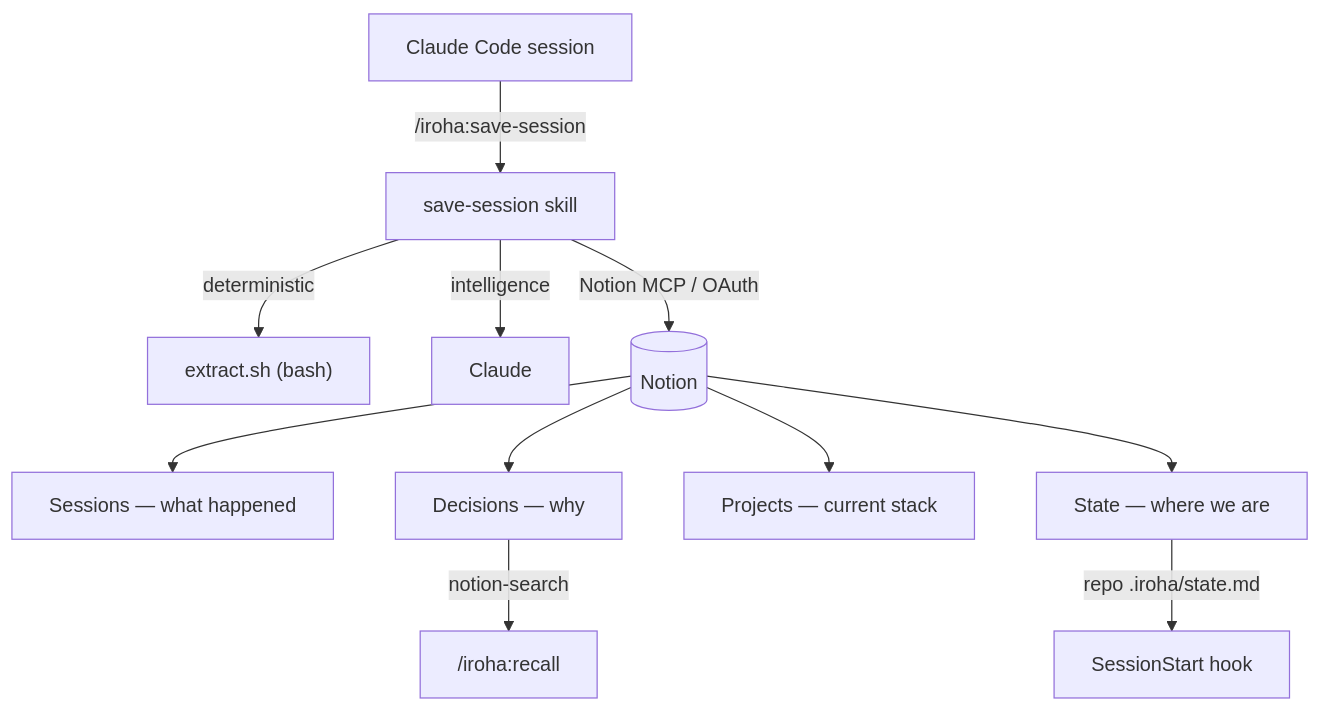
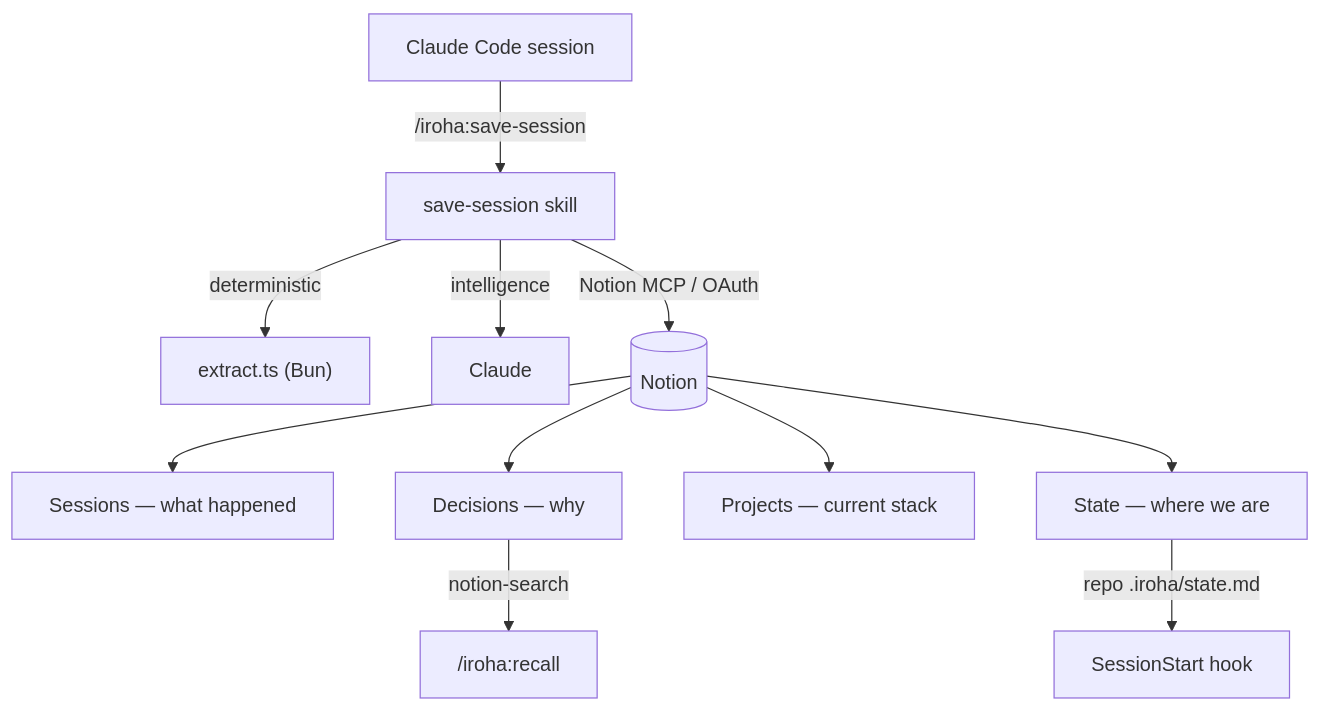
One commit to hir4ta/iroha-for-session changed the diagram in README.ja.md. Above: the diagram before and after it, drawn with Mermaid. The commit also changed other lines of this file and 4 other files, not shown here.

Commit message:
docs: Bun/TS 移行を反映(CLAUDE.md/architecture/testing/README) — runtime=pure bash を supersede

````diff
--- a/README.ja.md
+++ b/README.ja.md
@@ -47,13 +47,13 @@
 ```mermaid
 graph TD
   CC["Claude Code session"] -->|/iroha:save-session| SK["save-session skill"]
-  SK -->|deterministic| EX["extract.sh (bash)"]
+  SK -->|deterministic| EX["extract.ts (Bun)"]
   SK -->|intelligence| CL["Claude"]
   SK -->|Notion MCP / OAuth| N[("Notion")]
   N --> SES["Sessions — what happened"]
   N --> DEC["Decisions — why"]
   N --> PRJ["Projects — current stack"]
   N --> ST["State — where we are"]
   ST -->|repo .iroha/state.md| HK["SessionStart hook"]
   DEC -->|notion-search| RC["/iroha:recall"]
 ```
````
